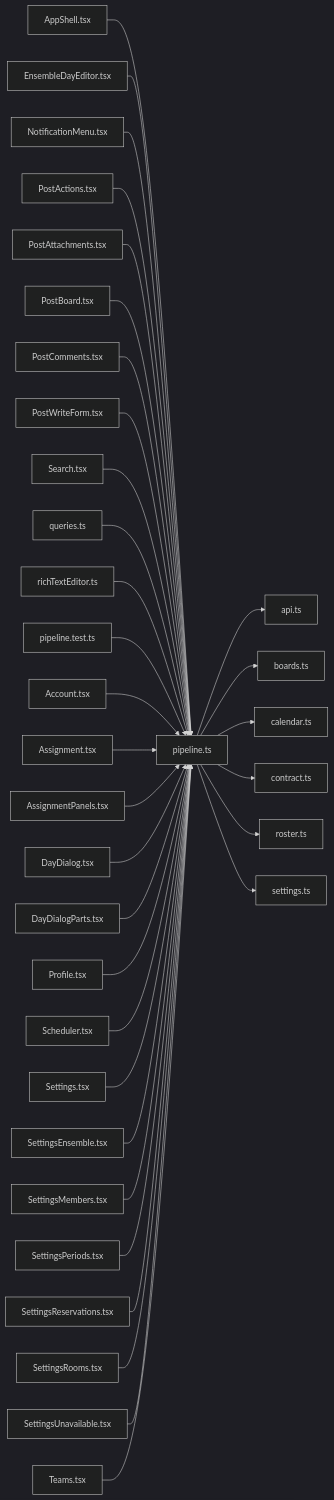
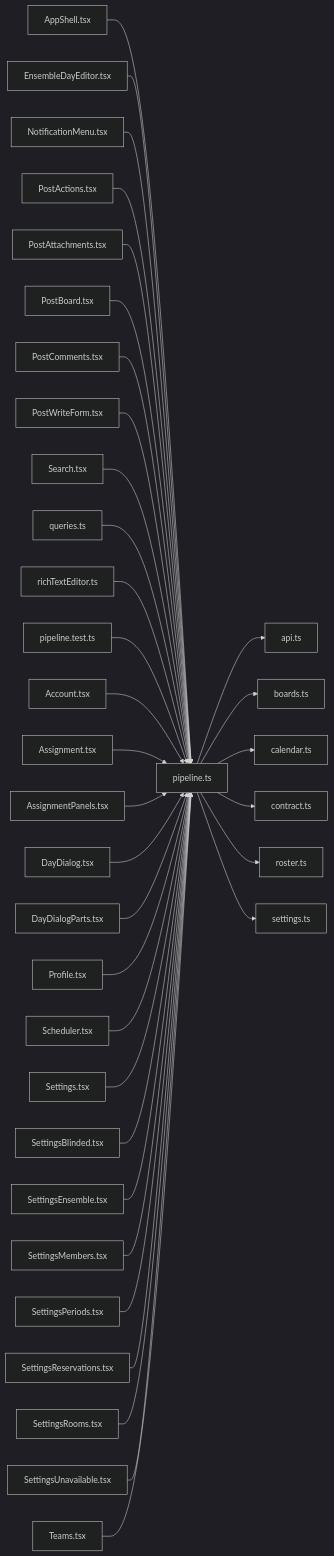
The diagram in .cluedoc/graph/frontend/src/lib/pipeline.md (minkong-dev/Banblit), drawn with Mermaid (dark theme) before and after one commit. The commit also changed other lines of this file and 49 other files, not shown here.

First line of the commit message:
frontend: move queryKeys, server calls and screen hooks to queries, pipeline and per-screen hooks

````diff
--- a/.cluedoc/graph/frontend/src/lib/pipeline.md
+++ b/.cluedoc/graph/frontend/src/lib/pipeline.md
@@ -10,37 +10,38 @@
 ```mermaid
 flowchart LR
   frontend_src_lib_pipeline["pipeline.ts"]
   frontend_src_lib_pipeline --> frontend_src_lib_api["api.ts"]
   frontend_src_lib_pipeline --> frontend_src_lib_boards["boards.ts"]
   frontend_src_lib_pipeline --> frontend_src_lib_calendar["calendar.ts"]
   frontend_src_lib_pipeline --> frontend_src_lib_contract["contract.ts"]
   frontend_src_lib_pipeline --> frontend_src_lib_roster["roster.ts"]
   frontend_src_lib_pipeline --> frontend_src_lib_settings["settings.ts"]
   frontend_src_components_AppShell["AppShell.tsx"] --> frontend_src_lib_pipeline
   frontend_src_components_EnsembleDayEditor["EnsembleDayEditor.tsx"] --> frontend_src_lib_pipeline
   frontend_src_components_NotificationMenu["NotificationMenu.tsx"] --> frontend_src_lib_pipeline
   frontend_src_components_PostActions["PostActions.tsx"] --> frontend_src_lib_pipeline
   frontend_src_components_PostAttachments["PostAttachments.tsx"] --> frontend_src_lib_pipeline
   frontend_src_components_PostBoard["PostBoard.tsx"] --> frontend_src_lib_pipeline
   frontend_src_components_PostComments["PostComments.tsx"] --> frontend_src_lib_pipeline
   frontend_src_components_PostWriteForm["PostWriteForm.tsx"] --> frontend_src_lib_pipeline
   frontend_src_components_Search["Search.tsx"] --> frontend_src_lib_pipeline
   frontend_src_components_queries["queries.ts"] --> frontend_src_lib_pipeline
   frontend_src_components_richTextEditor["richTextEditor.ts"] --> frontend_src_lib_pipeline
   frontend_src_lib_pipeline_test["pipeline.test.ts"] --> frontend_src_lib_pipeline
   frontend_src_routes_Account["Account.tsx"] --> frontend_src_lib_pipeline
   frontend_src_routes_Assignment["Assignment.tsx"] --> frontend_src_lib_pipeline
   frontend_src_routes_AssignmentPanels["AssignmentPanels.tsx"] --> frontend_src_lib_pipeline
   frontend_src_routes_DayDialog["DayDialog.tsx"] --> frontend_src_lib_pipeline
   frontend_src_routes_DayDialogParts["DayDialogParts.tsx"] --> frontend_src_lib_pipeline
   frontend_src_routes_Profile["Profile.tsx"] --> frontend_src_lib_pipeline
   frontend_src_routes_Scheduler["Scheduler.tsx"] --> frontend_src_lib_pipeline
   frontend_src_routes_Settings["Settings.tsx"] --> frontend_src_lib_pipeline
+  frontend_src_routes_SettingsBlinded["SettingsBlinded.tsx"] --> frontend_src_lib_pipeline
   frontend_src_routes_SettingsEnsemble["SettingsEnsemble.tsx"] --> frontend_src_lib_pipeline
   frontend_src_routes_SettingsMembers["SettingsMembers.tsx"] --> frontend_src_lib_pipeline
   frontend_src_routes_SettingsPeriods["SettingsPeriods.tsx"] --> frontend_src_lib_pipeline
   frontend_src_routes_SettingsReservations["SettingsReservations.tsx"] --> frontend_src_lib_pipeline
   frontend_src_routes_SettingsRooms["SettingsRooms.tsx"] --> frontend_src_lib_pipeline
   frontend_src_routes_SettingsUnavailable["SettingsUnavailable.tsx"] --> frontend_src_lib_pipeline
   frontend_src_routes_Teams["Teams.tsx"] --> frontend_src_lib_pipeline
 ```
````
